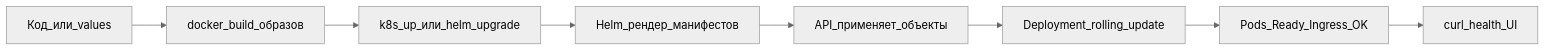
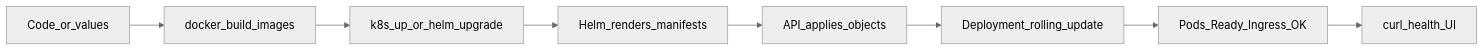
The second of 2 diagrams in docs/infra/k8s-primer.md (YuesIt17/yuit-docs-ai-architect-platform), drawn with Mermaid (neutral theme) before and after one commit. The commit also changed other lines of this file and 71 other files, not shown here.

````diff
--- a/docs/infra/k8s-primer.md
+++ b/docs/infra/k8s-primer.md
@@ -162,10 +162,10 @@
 ```mermaid
 flowchart LR
-  Dev[Код_или_values] --> Build[docker_build_образов]
-  Build --> Up[k8s_up_или_helm_upgrade]
-  Up --> Render[Helm_рендер_манифестов]
-  Render --> Apply[API_применяет_объекты]
+  Dev[Code_or_values] --> Build[docker_build_images]
+  Build --> Up[k8s_up_or_helm_upgrade]
+  Up --> Render[Helm_renders_manifests]
+  Render --> Apply[API_applies_objects]
   Apply --> Roll[Deployment_rolling_update]
   Roll --> Ready[Pods_Ready_Ingress_OK]
   Ready --> Check[curl_health_UI]
 ```
````
